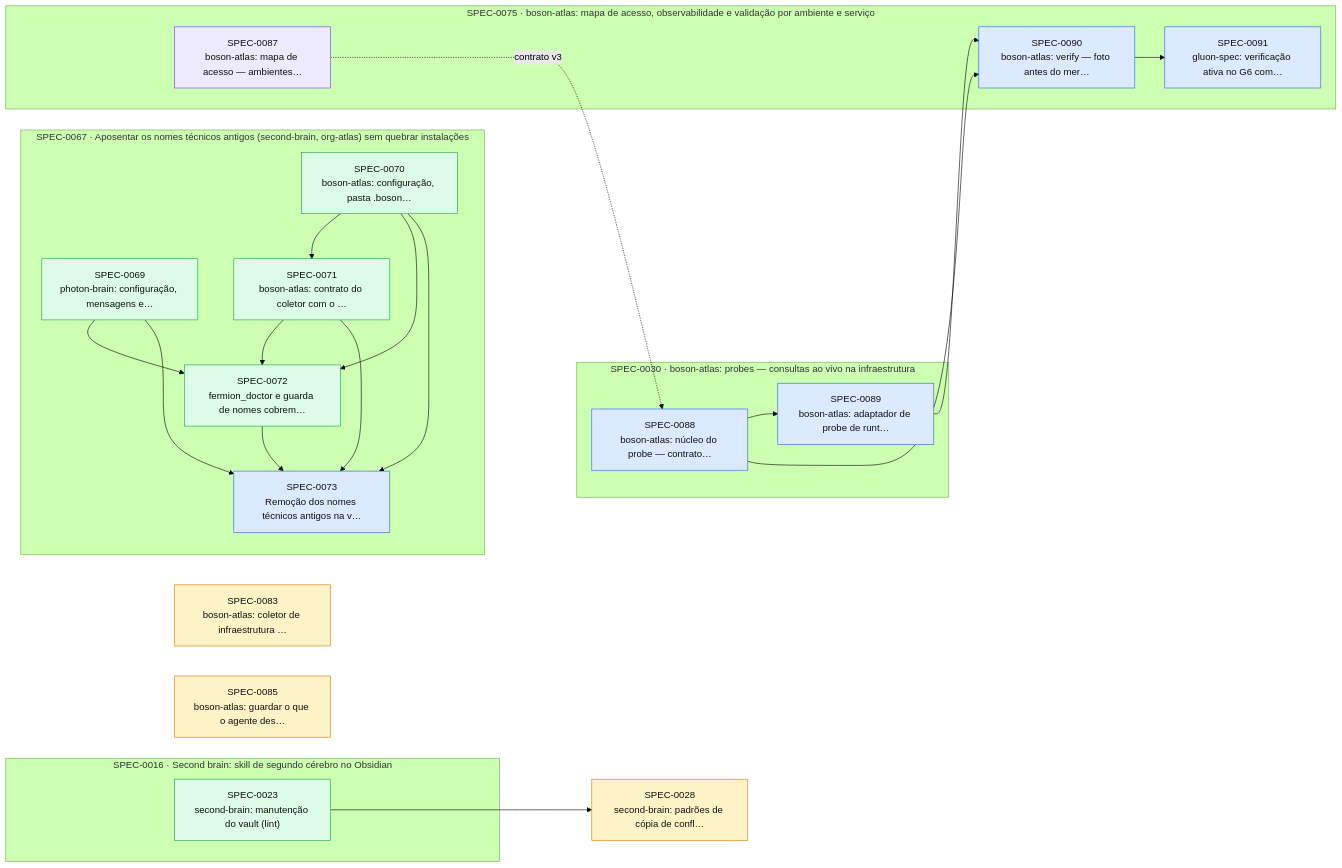
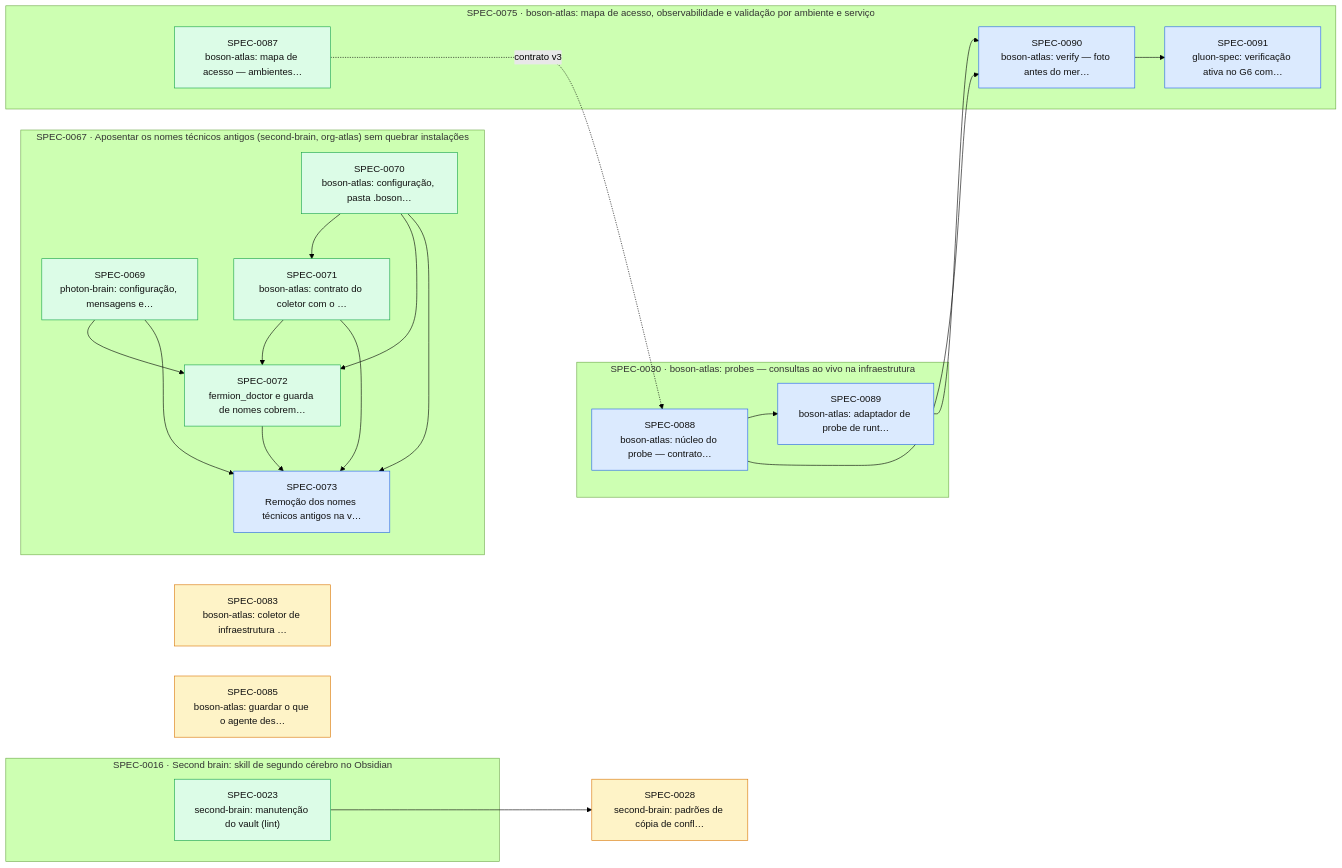
Before and after one commit to thomasravache/ai-dev-brain: the diagram in docs/specs/INDEX.md, drawn with Mermaid (forest theme). The commit also changed other lines of this file and 1 other file, not shown here.

First line of the commit message:
docs(specs): G7 e fechamento da SPEC-0087

````diff
--- a/docs/specs/INDEX.md
+++ b/docs/specs/INDEX.md
@@ -68,44 +67,44 @@
 ```mermaid
 flowchart LR
   S0028["SPEC-0028<br/>second-brain: padrões de cópia de confl…"]:::proposed
   S0083["SPEC-0083<br/>boson-atlas: coletor de infraestrutura …"]:::proposed
   S0085["SPEC-0085<br/>boson-atlas: guardar o que o agente des…"]:::proposed
   subgraph E0016["SPEC-0016 · Second brain: skill de segundo cérebro no Obsidian"]
     S0023["SPEC-0023<br/>second-brain: manutenção do vault (lint)"]:::implemented
   end
   subgraph E0030["SPEC-0030 · boson-atlas: probes — consultas ao vivo na infraestrutura"]
     S0088["SPEC-0088<br/>boson-atlas: núcleo do probe — contrato…"]:::approved
     S0089["SPEC-0089<br/>boson-atlas: adaptador de probe de runt…"]:::approved
   end
   subgraph E0067["SPEC-0067 · Aposentar os nomes técnicos antigos (second-brain, org-atlas) sem quebrar instalações"]
     S0069["SPEC-0069<br/>photon-brain: configuração, mensagens e…"]:::implemented
     S0070["SPEC-0070<br/>boson-atlas: configuração, pasta .boson…"]:::implemented
     S0071["SPEC-0071<br/>boson-atlas: contrato do coletor com o …"]:::implemented
     S0072["SPEC-0072<br/>fermion_doctor e guarda de nomes cobrem…"]:::implemented
     S0073["SPEC-0073<br/>Remoção dos nomes técnicos antigos na v…"]:::approved
   end
   subgraph E0075["SPEC-0075 · boson-atlas: mapa de acesso, observabilidade e validação por ambiente e serviço"]
-    S0087["SPEC-0087<br/>boson-atlas: mapa de acesso — ambientes…"]:::inprogress
+    S0087["SPEC-0087<br/>boson-atlas: mapa de acesso — ambientes…"]:::implemented
     S0090["SPEC-0090<br/>boson-atlas: verify — foto antes do mer…"]:::approved
     S0091["SPEC-0091<br/>gluon-spec: verificação ativa no G6 com…"]:::approved
   end
   S0023 --> S0028
   S0070 --> S0071
   S0069 --> S0072
   S0070 --> S0072
   S0071 --> S0072
   S0069 --> S0073
   S0070 --> S0073
   S0071 --> S0073
   S0072 --> S0073
   S0087 -. contrato v3 .-> S0088
   S0088 --> S0089
   S0088 --> S0090
   S0089 --> S0090
   S0090 --> S0091
   classDef proposed fill:#fef3c7,stroke:#d97706,color:#111
   classDef approved fill:#dbeafe,stroke:#2563eb,color:#111
   classDef inprogress fill:#ede9fe,stroke:#7c3aed,color:#111
   classDef implemented fill:#dcfce7,stroke:#16a34a,color:#111
   classDef deprecated fill:#f3f4f6,stroke:#9ca3af,color:#6b7280
 ```
````
